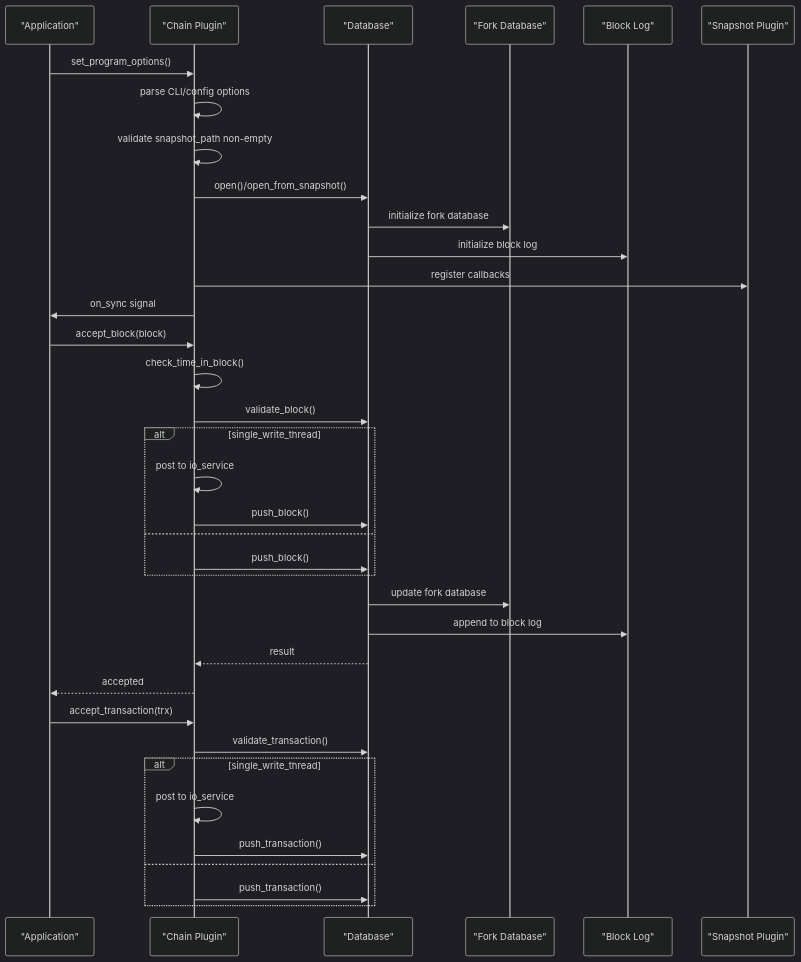
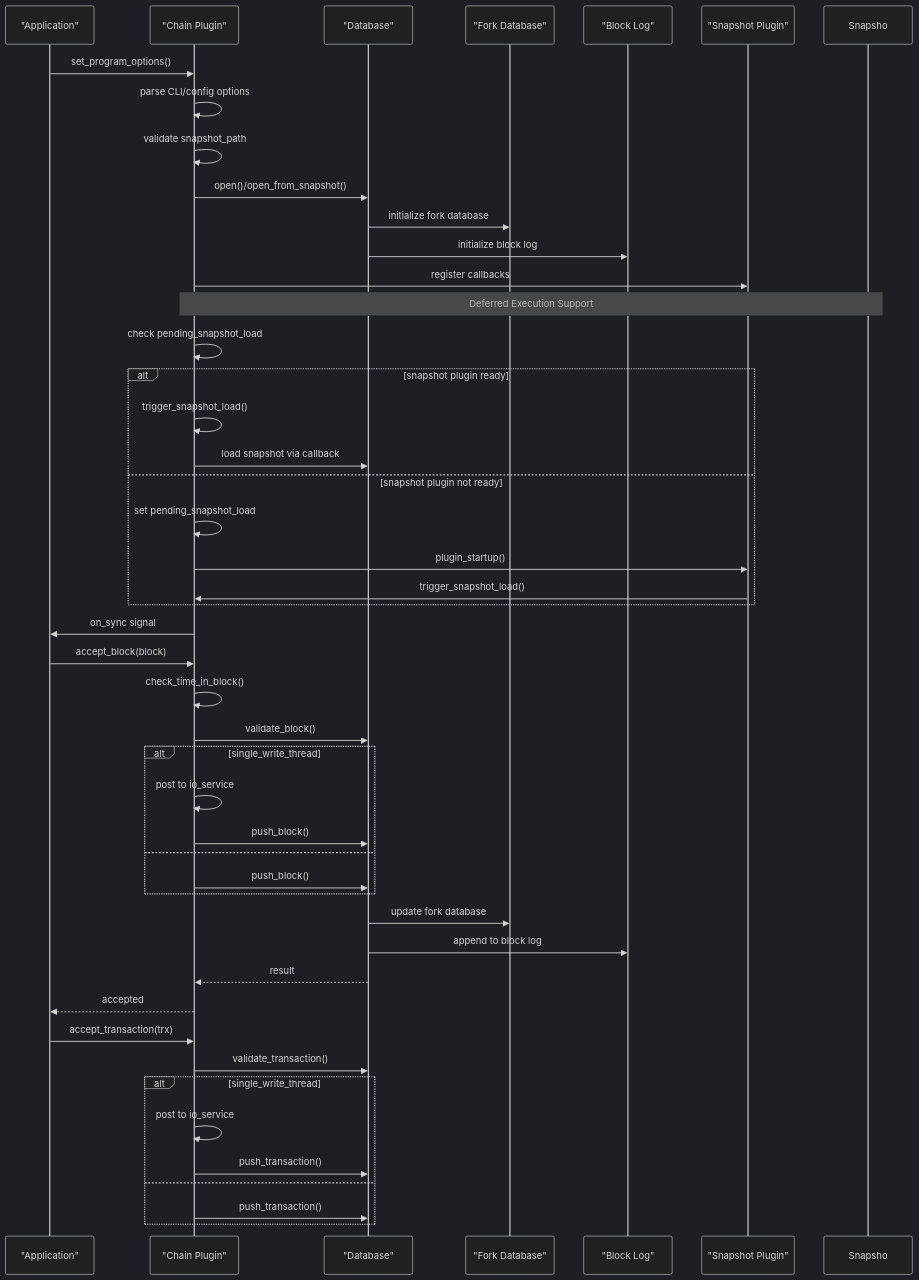
The second of 9 diagrams in .qoder/repowiki/en/content/Chain Plugin.md (VIZ-Blockchain/viz-cpp-node), drawn with Mermaid (dark theme) before and after one commit. The commit also changed other lines of this file and 4 other files, not shown here.

First line of the commit message:
docs(snapshot_plugin): enhance plugin lifecycle and coordination with chain plugin

````diff
--- a/.qoder/repowiki/en/content/Chain Plugin.md
+++ b/.qoder/repowiki/en/content/Chain Plugin.md
@@ -93,38 +93,48 @@
 ```mermaid
 sequenceDiagram
 participant App as "Application"
 participant Chain as "Chain Plugin"
 participant DB as "Database"
 participant Fork as "Fork Database"
 participant Log as "Block Log"
 participant Snapshot as "Snapshot Plugin"
 App->>Chain : set_program_options()
 Chain->>Chain : parse CLI/config options
-Chain->>Chain : validate snapshot_path non-empty
+Chain->>Chain : validate snapshot_path
 Chain->>DB : open()/open_from_snapshot()
 DB->>Fork : initialize fork database
 DB->>Log : initialize block log
 Chain->>Snapshot : register callbacks
+Note over Chain,Snapsho : Deferred Execution Support
+Chain->>Chain : check pending_snapshot_load
+alt snapshot plugin ready
+Chain->>Chain : trigger_snapshot_load()
+Chain->>DB : load snapshot via callback
+else snapshot plugin not ready
+Chain->>Chain : set pending_snapshot_load
+Chain->>Snapshot : plugin_startup()
+Snapshot->>Chain : trigger_snapshot_load()
+end
 Chain->>App : on_sync signal
 App->>Chain : accept_block(block)
 Chain->>Chain : check_time_in_block()
 Chain->>DB : validate_block()
 alt single_write_thread
 Chain->>Chain : post to io_service
 Chain->>DB : push_block()
 else
 Chain->>DB : push_block()
 end
 DB->>Fork : update fork database
 DB->>Log : append to block log
 DB-->>Chain : result
 Chain-->>App : accepted
 App->>Chain : accept_transaction(trx)
 Chain->>DB : validate_transaction()
 alt single_write_thread
 Chain->>Chain : post to io_service
 Chain->>DB : push_transaction()
 else
 Chain->>DB : push_transaction()
 end
 ```
````
